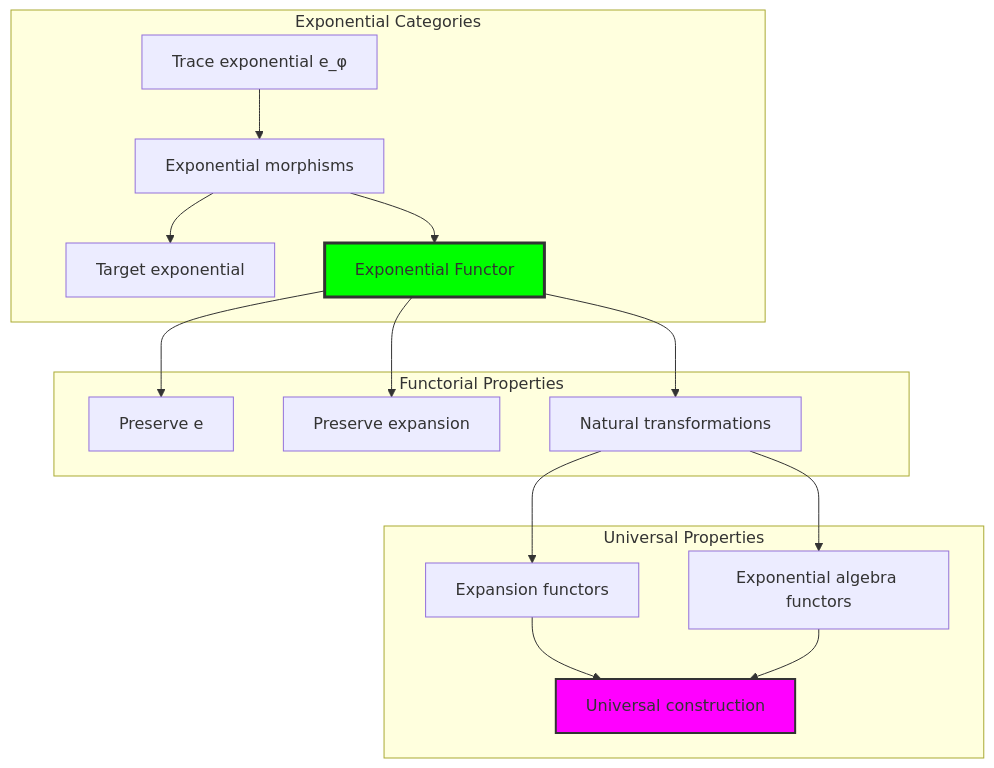
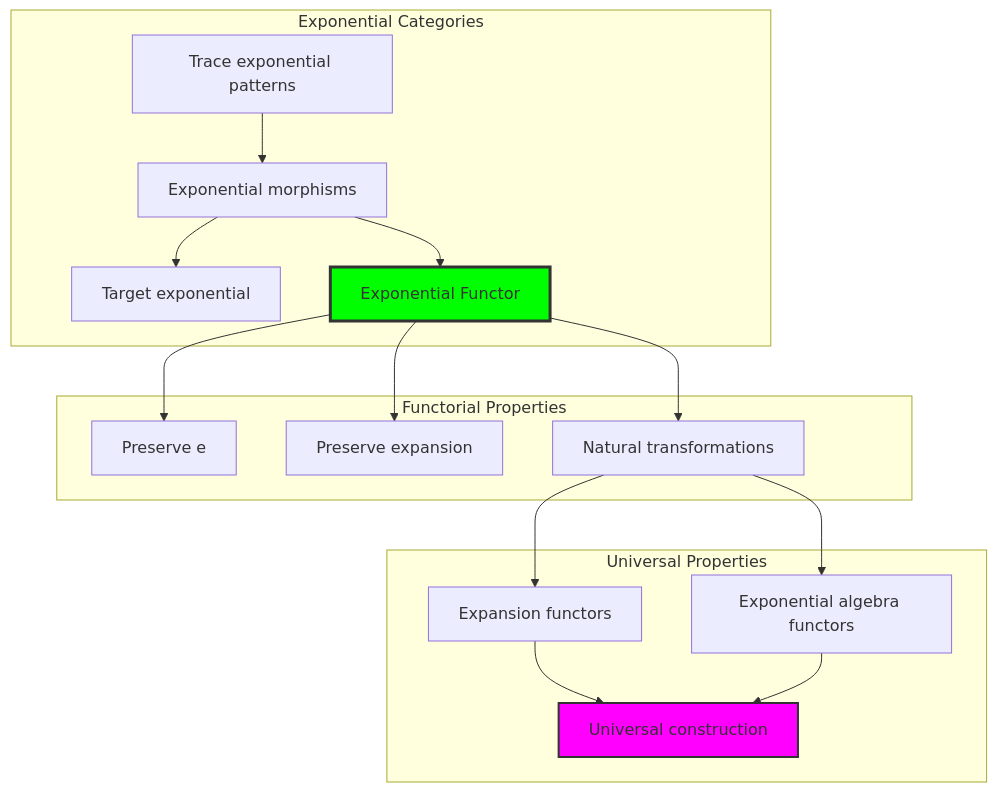
Before and after one commit to loning/the-binarymath: the seventh of 8 diagrams in docs/codex/volume-05-spectral-collapse/chapter-084-e-collapse.md, drawn with Mermaid. The commit also changed other lines of this file and 9 other files, not shown here.

````diff
--- a/docs/codex/volume-05-spectral-collapse/chapter-084-e-collapse.md
+++ b/docs/codex/volume-05-spectral-collapse/chapter-084-e-collapse.md
@@ -504,34 +500,34 @@
 ```mermaid
 graph TD
     subgraph "Exponential Categories"
-        TRACE_EXPONENTIAL["Trace exponential e_φ"]
+        TRACE_EXPONENTIAL["Trace exponential patterns"]
         TARGET_EXPONENTIAL["Target exponential"]
         EXPONENTIAL_MORPHISMS["Exponential morphisms"]
         
         EXPONENTIAL_FUNCTOR["Exponential Functor"]
         
         TRACE_EXPONENTIAL --> EXPONENTIAL_MORPHISMS
         EXPONENTIAL_MORPHISMS --> TARGET_EXPONENTIAL
         EXPONENTIAL_MORPHISMS --> EXPONENTIAL_FUNCTOR
     end
     
     subgraph "Functorial Properties"
         PRESERVE_E["Preserve e"]
         PRESERVE_EXPANSION["Preserve expansion"]
         NATURAL_TRANS["Natural transformations"]
         
         EXPONENTIAL_FUNCTOR --> PRESERVE_E & PRESERVE_EXPANSION & NATURAL_TRANS
     end
     
     subgraph "Universal Properties"
         EXPANSION_FUNCTORS["Expansion functors"]
         EXPONENTIAL_FUNCS["Exponential algebra functors"]
         UNIVERSAL_CONSTRUCT["Universal construction"]
         
         NATURAL_TRANS --> EXPANSION_FUNCTORS & EXPONENTIAL_FUNCS
         EXPANSION_FUNCTORS & EXPONENTIAL_FUNCS --> UNIVERSAL_CONSTRUCT
     end
     
     style EXPONENTIAL_FUNCTOR fill:#0f0,stroke:#333,stroke-width:3px
     style UNIVERSAL_CONSTRUCT fill:#f0f,stroke:#333,stroke-width:2px
 ```
````
